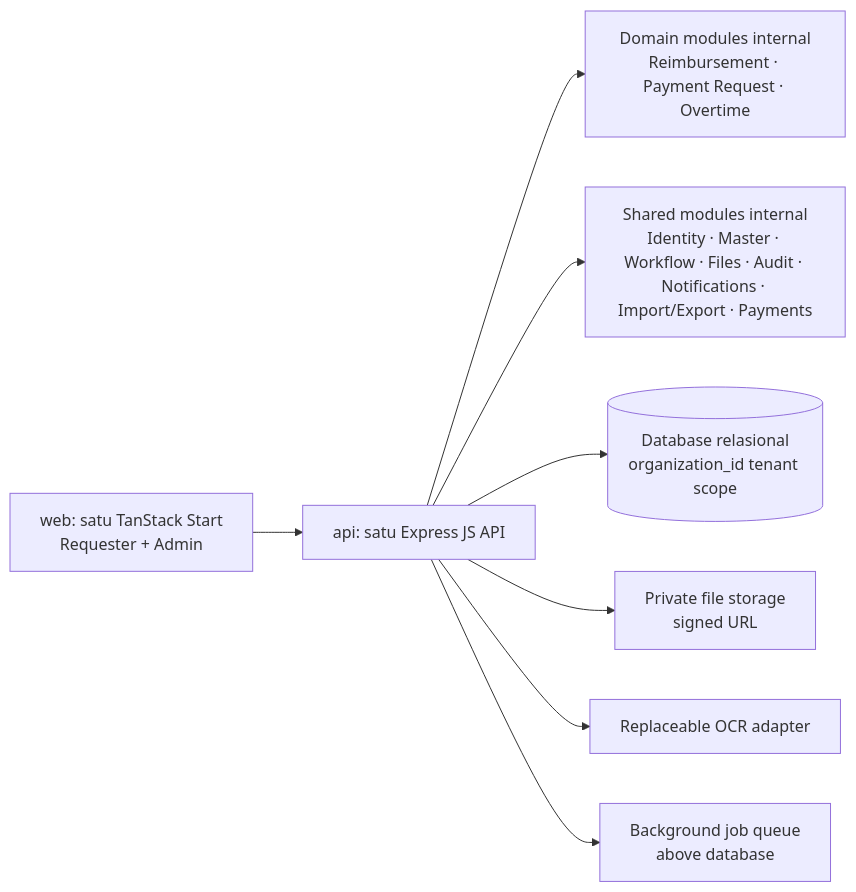
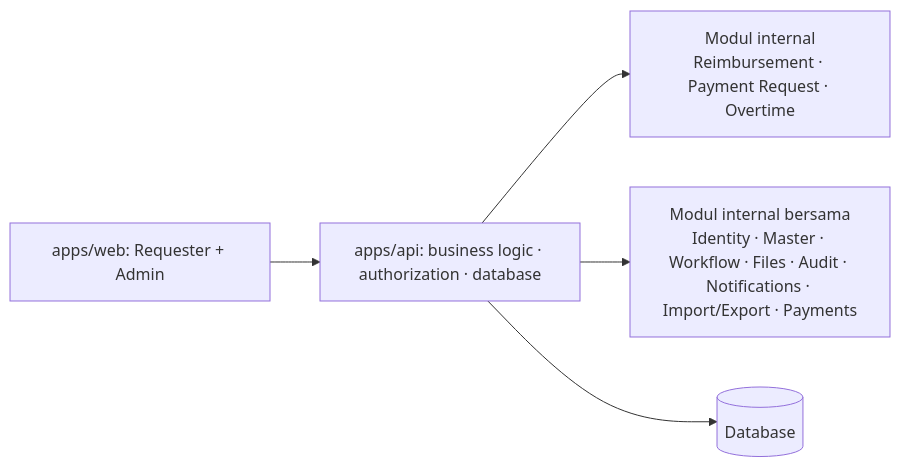
The diagram in PRD.md (anajibalm/reimburse), drawn with Mermaid before and after one commit. The commit also changed other lines of this file and 15 other files, not shown here.

````diff
--- a/PRD.md
+++ b/PRD.md
@@ -426,10 +427,7 @@
 ```mermaid
 flowchart LR
- WEB[web: satu TanStack Start\nRequester + Admin] --> API[api: satu Express JS API]
- API --> DOM[Domain modules internal\nReimbursement · Payment Request · Overtime]
- API --> SHARED[Shared modules internal\nIdentity · Master · Workflow · Files · Audit · Notifications · Import/Export · Payments]
- API --> DB[(Database relasional\norganization_id tenant scope)]
- API --> STORAGE[Private file storage\nsigned URL]
- API --> OCR[Replaceable OCR adapter]
- API --> JOB[Background job queue\nabove database]
+ WEB[apps/web: Requester + Admin] --> API[apps/api: business logic · authorization · database]
+ API --> DOM[Modul internal<br/>Reimbursement · Payment Request · Overtime]
+ API --> SHARED[Modul internal bersama<br/>Identity · Master · Workflow · Files · Audit · Notifications · Import/Export · Payments]
+ API --> DB[(Database)]
 ```
````
